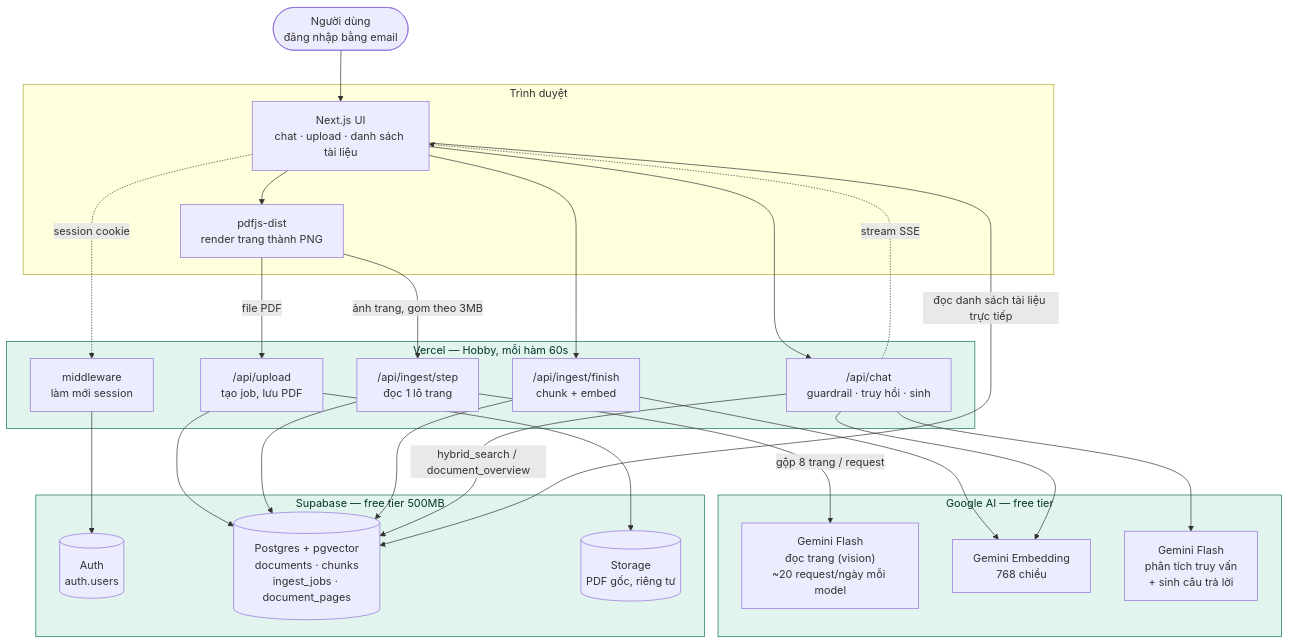
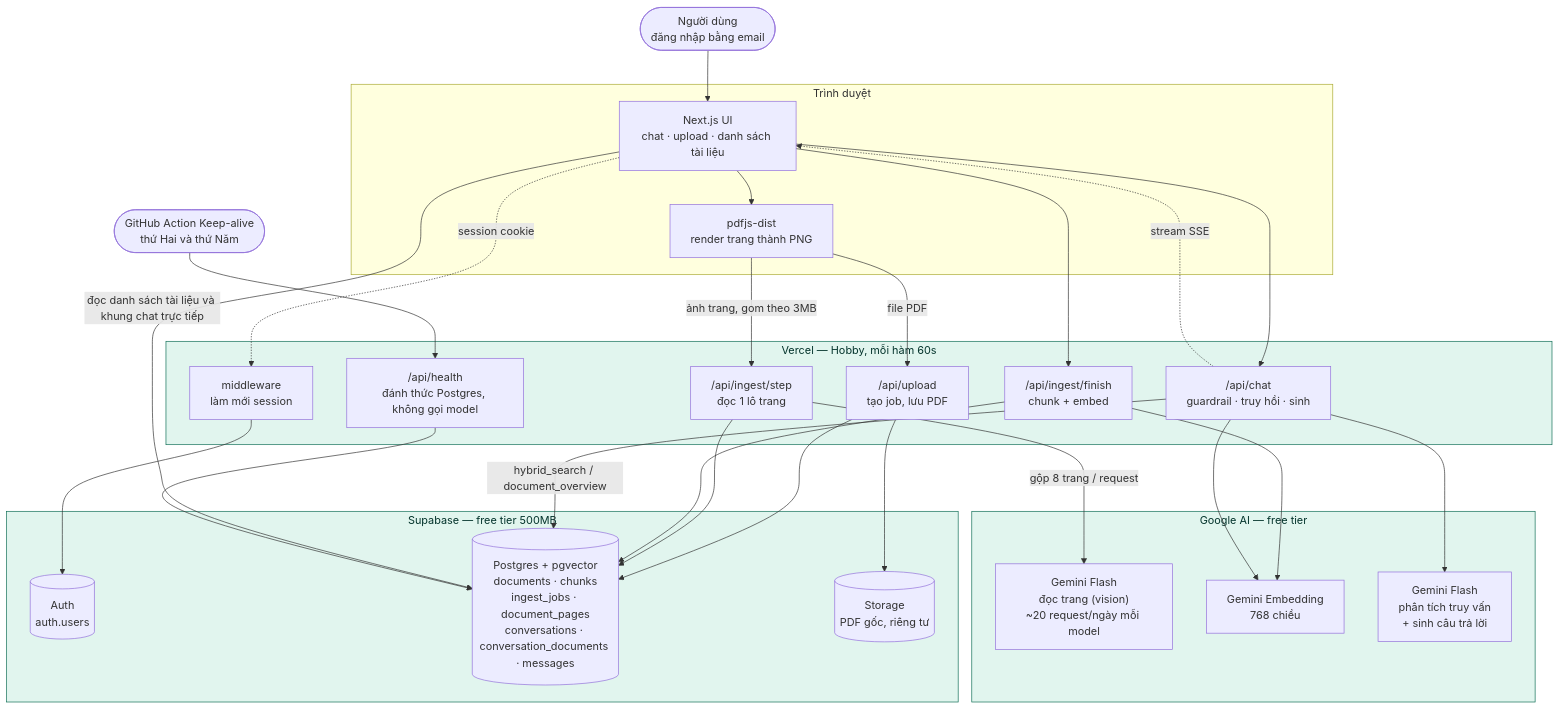
One commit to trantiendat0611/Docubo changed the diagram in docs/architecture/01-high-level.mmd. Above: the diagram before and after it, drawn with Mermaid. The commit also changed 5 other files, not shown here.

```diff
--- a/docs/architecture/01-high-level.mmd
+++ b/docs/architecture/01-high-level.mmd
@@ -1,62 +1,65 @@
 %% Sơ đồ 1 — Tổng quan hệ thống (Task 1.4)
-%% Cập nhật 11/08: người dùng tự tải tài liệu lên, có đăng nhập và cô lập dữ liệu.
+%% Cập nhật 19/08: thêm nhiều khung hội thoại (migration 007) và /api/health.
 %% Xem trước: dán vào https://mermaid.live hoặc extension Mermaid của VS Code
 
 graph TB
     USER(["Người dùng<br/>đăng nhập bằng email"])
 
     subgraph browser["Trình duyệt"]
         UI["Next.js UI<br/>chat · upload · danh sách tài liệu"]
         PDFJS["pdfjs-dist<br/>render trang thành PNG"]
     end
 
     subgraph vercel["Vercel — Hobby, mỗi hàm 60s"]
         MW["middleware<br/>làm mới session"]
         UP["/api/upload<br/>tạo job, lưu PDF"]
         STEP["/api/ingest/step<br/>đọc 1 lô trang"]
         FIN["/api/ingest/finish<br/>chunk + embed"]
         CHAT["/api/chat<br/>guardrail · truy hồi · sinh"]
+        HLT["/api/health<br/>đánh thức Postgres, không gọi model"]
     end
 
     subgraph google["Google AI — free tier"]
         VIS["Gemini Flash<br/>đọc trang (vision)<br/>~20 request/ngày mỗi model"]
         EMB["Gemini Embedding<br/>768 chiều"]
         GEN["Gemini Flash<br/>phân tích truy vấn<br/>+ sinh câu trả lời"]
     end
 
     subgraph supa["Supabase — free tier 500MB"]
         AUTH[("Auth<br/>auth.users")]
-        DB[("Postgres + pgvector<br/>documents · chunks<br/>ingest_jobs · document_pages")]
+        DB[("Postgres + pgvector<br/>documents · chunks<br/>ingest_jobs · document_pages<br/>conversations · conversation_documents · messages")]
         ST[("Storage<br/>PDF gốc, riêng tư")]
     end
 
     USER --> UI
     UI --> PDFJS
     UI -.->|session cookie| MW
 
     PDFJS -->|file PDF| UP
     PDFJS -->|"ảnh trang, gom theo 3MB"| STEP
     UI --> FIN
     UI --> CHAT
 
     UP --> ST
     UP --> DB
     STEP -->|"gộp 8 trang / request"| VIS
     STEP --> DB
     FIN --> EMB
     FIN --> DB
 
     CHAT --> GEN
     CHAT --> EMB
     CHAT -->|"hybrid_search / document_overview"| DB
     CHAT -.->|"stream SSE"| UI
 
-    UI -->|"đọc danh sách tài liệu trực tiếp"| DB
+    UI -->|"đọc danh sách tài liệu và khung chat trực tiếp"| DB
+    HLT --> DB
+    GHA(["GitHub Action Keep-alive<br/>thứ Hai và thứ Năm"]) --> HLT
     MW --> AUTH
 
     classDef free fill:#E1F5EE,stroke:#0F6E56,color:#04342C
     class google,supa,vercel free
 
     %% Cô lập dữ liệu nằm ở database:
     %% - đọc chạy dưới JWT người dùng, RLS quyết định thấy gì
     %% - ghi chạy bằng service_role, tự đặt owner_id
```
